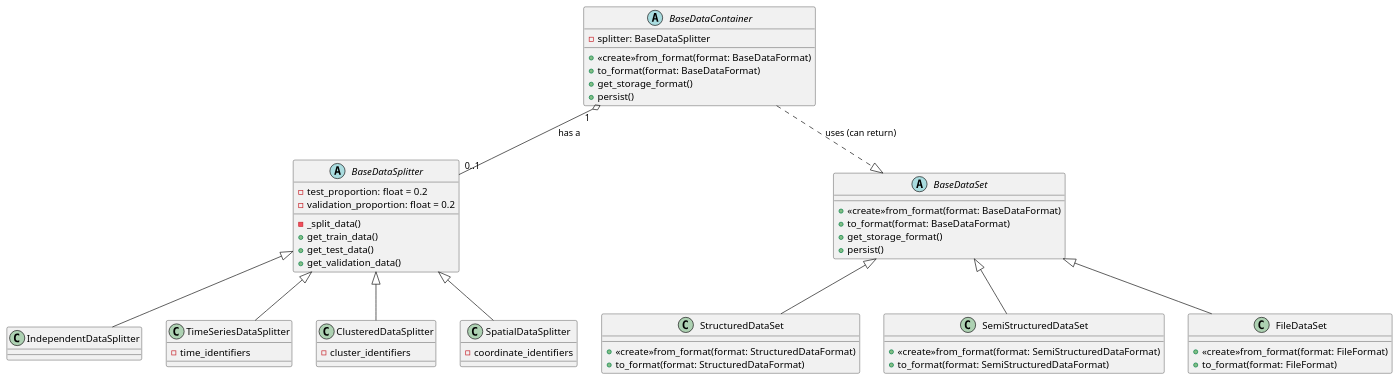
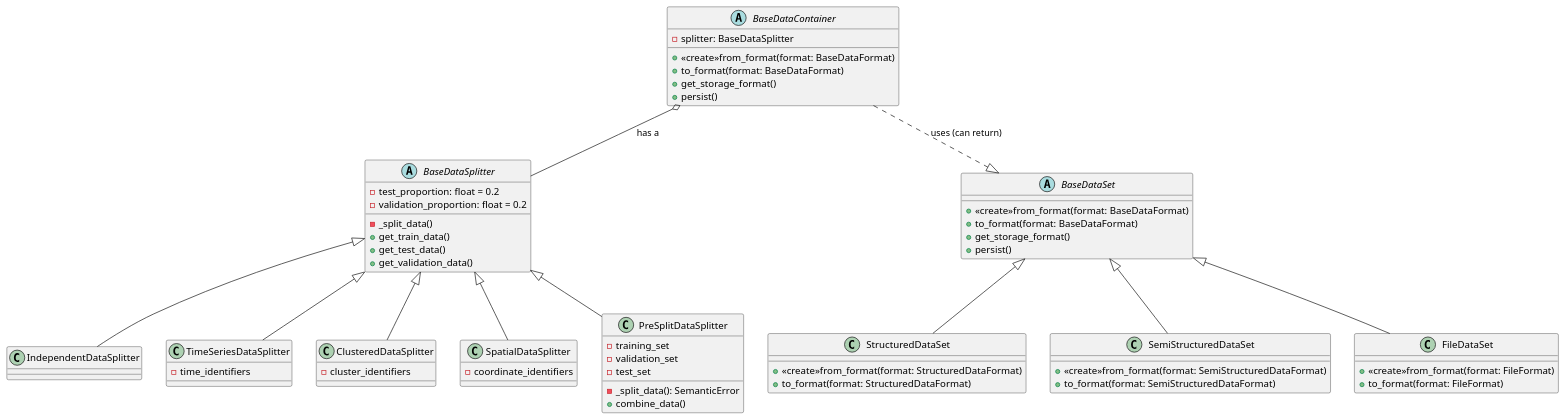
One commit to tloeber/ML-interfaces changed the diagram in docs/uml/data_container_implementation.puml. Above: the diagram before and after it, drawn with PlantUML. The commit also changed 1 other file, not shown here.

Commit message:
Improve design for data container. Improve documentation.

```diff
--- a/docs/uml/data_container_implementation.puml
+++ b/docs/uml/data_container_implementation.puml
@@ -1,68 +1,76 @@
 @startuml
 
 
 abstract class BaseDataContainer {
   +<<create>>from_format(format: BaseDataFormat)
   +to_format(format: BaseDataFormat)
   +get_storage_format()
   +persist()
   - splitter: BaseDataSplitter
 }
 
 abstract class BaseDataSplitter {
   - test_proportion: float = 0.2
   - validation_proportion: float = 0.2
   - _split_data()
   + get_train_data()
   + get_test_data()
   + get_validation_data()
 }
 
 class IndependentDataSplitter
 class TimeSeriesDataSplitter {
   - time_identifiers
 }
 
 class ClusteredDataSplitter {
   - cluster_identifiers
 }
 
 class SpatialDataSplitter {
   - coordinate_identifiers
 }
 
+class PreSplitDataSplitter{
+  - training_set
+  - validation_set
+  - test_set
+  - _split_data(): SemanticError
+  + combine_data()
+}
+
 BaseDataSplitter <|-- IndependentDataSplitter
 BaseDataSplitter <|-- TimeSeriesDataSplitter
 BaseDataSplitter <|-- ClusteredDataSplitter
 BaseDataSplitter <|-- SpatialDataSplitter
-
+BaseDataSplitter <|-- PreSplitDataSplitter
 
 abstract class BaseDataSet {
   +<<create>>from_format(format: BaseDataFormat)
   +to_format(format: BaseDataFormat)
   +get_storage_format()
   +persist()
 }
 
-BaseDataContainer "1" o-- "0..1" BaseDataSplitter : has a
+BaseDataContainer o-- BaseDataSplitter : has a
 BaseDataContainer ..|> BaseDataSet : uses (can return)
 
 class StructuredDataSet{
   +<<create>>from_format(format: StructuredDataFormat)
   +to_format(format: StructuredDataFormat)
 }
 
 class SemiStructuredDataSet{
   +<<create>>from_format(format: SemiStructuredDataFormat)
   +to_format(format: SemiStructuredDataFormat)
 }
 
 class FileDataSet {
   +<<create>>from_format(format: FileFormat)
   +to_format(format: FileFormat)
 }
 BaseDataSet <|-- StructuredDataSet
 BaseDataSet <|-- SemiStructuredDataSet
 BaseDataSet <|-- FileDataSet
 
 @enduml
```
